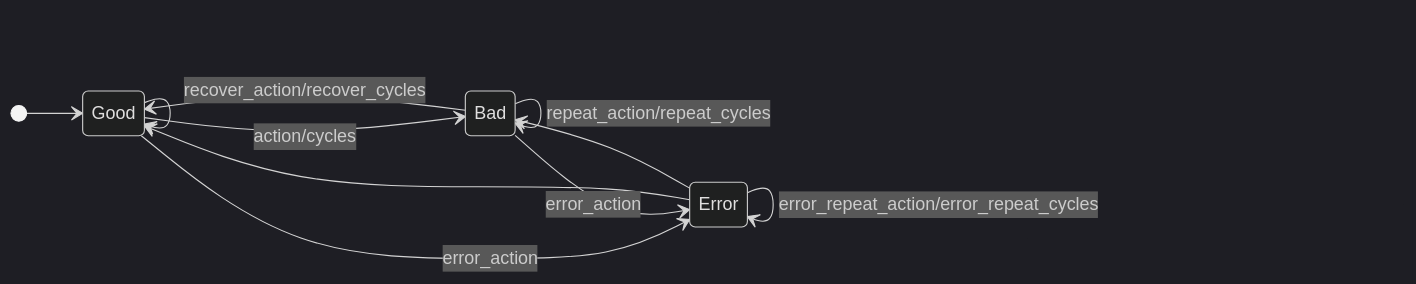
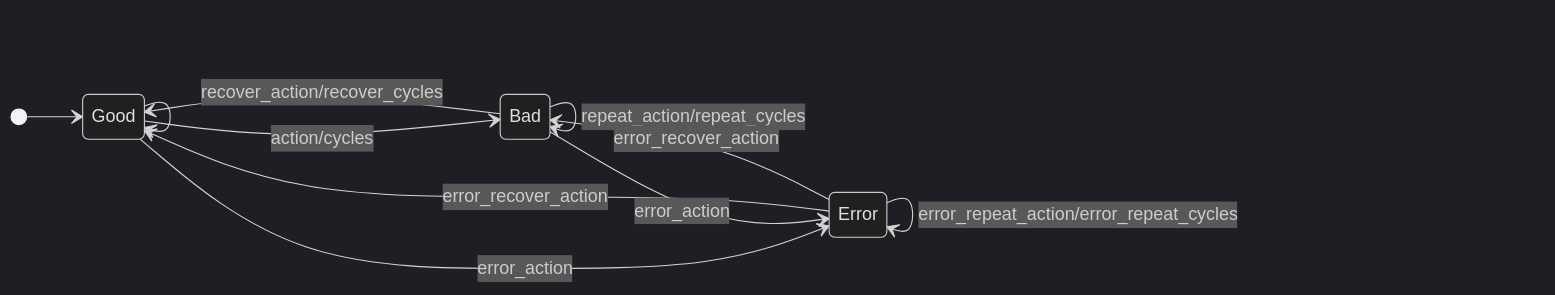
Before and after one commit to flo-at/minmon: the second of 3 diagrams in README.md, drawn with Mermaid (dark theme). The commit also changed other lines of this file and 5 other files, not shown here.

Commit message:
implement error_recover_action

````diff
--- a/README.md
+++ b/README.md
@@ -91,17 +91,17 @@
 ```mermaid
 stateDiagram-v2
     direction LR
 
     [*] --> Good
     Good --> Good
     Good --> Bad: action/cycles
     Good --> Error: error_action
 
     Bad --> Good: recover_action/recover_cycles
     Bad --> Bad: repeat_action/repeat_cycles
     Bad --> Error: error_action
 
-    Error --> Good
-    Error --> Bad
+    Error --> Good: error_recover_action
+    Error --> Bad: error_recover_action
     Error --> Error: error_repeat_action/error_repeat_cycles
 ```
````
